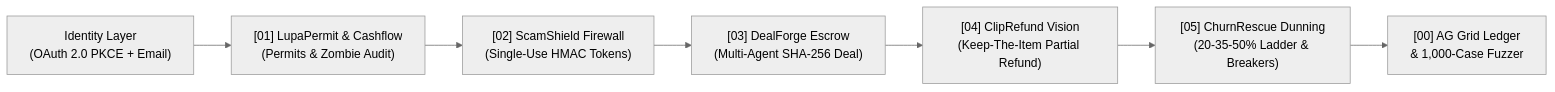
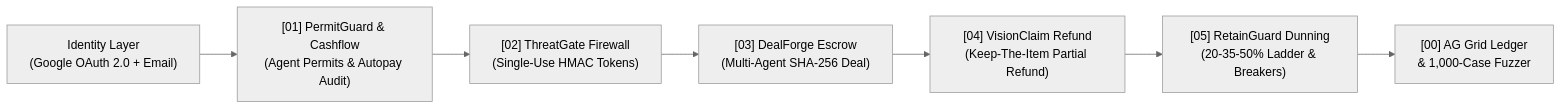
One commit to A-P-S-Bhaidav/PayPal_Hackathon changed the diagram in README.md. Above: the diagram before and after it, drawn with Mermaid (neutral theme). The commit also changed other lines of this file and 8 other files, not shown here.

Commit message:
Implement full-screen responsive visual UI, Google OAuth 2.0 flow, and clean original architecture docs

````diff
--- a/README.md
+++ b/README.md
@@ -67,9 +66,9 @@
 ```mermaid
 flowchart LR
-    AUTH["Identity Layer\n(OAuth 2.0 PKCE + Email)"] --> S1
-    S1["[01] LupaPermit & Cashflow\n(Permits & Zombie Audit)"] --> S2
-    S2["[02] ScamShield Firewall\n(Single-Use HMAC Tokens)"] --> S3
+    AUTH["Identity Layer\n(Google OAuth 2.0 + Email)"] --> S1
+    S1["[01] PermitGuard & Cashflow\n(Agent Permits & Autopay Audit)"] --> S2
+    S2["[02] ThreatGate Firewall\n(Single-Use HMAC Tokens)"] --> S3
     S3["[03] DealForge Escrow\n(Multi-Agent SHA-256 Deal)"] --> S4
-    S4["[04] ClipRefund Vision\n(Keep-The-Item Partial Refund)"] --> S5
-    S5["[05] ChurnRescue Dunning\n(20-35-50% Ladder & Breakers)"] --> AUDIT["[00] AG Grid Ledger\n& 1,000-Case Fuzzer"]
+    S4["[04] VisionClaim Refund\n(Keep-The-Item Partial Refund)"] --> S5
+    S5["[05] RetainGuard Dunning\n(20-35-50% Ladder & Breakers)"] --> AUDIT["[00] AG Grid Ledger\n& 1,000-Case Fuzzer"]
 ```
````
